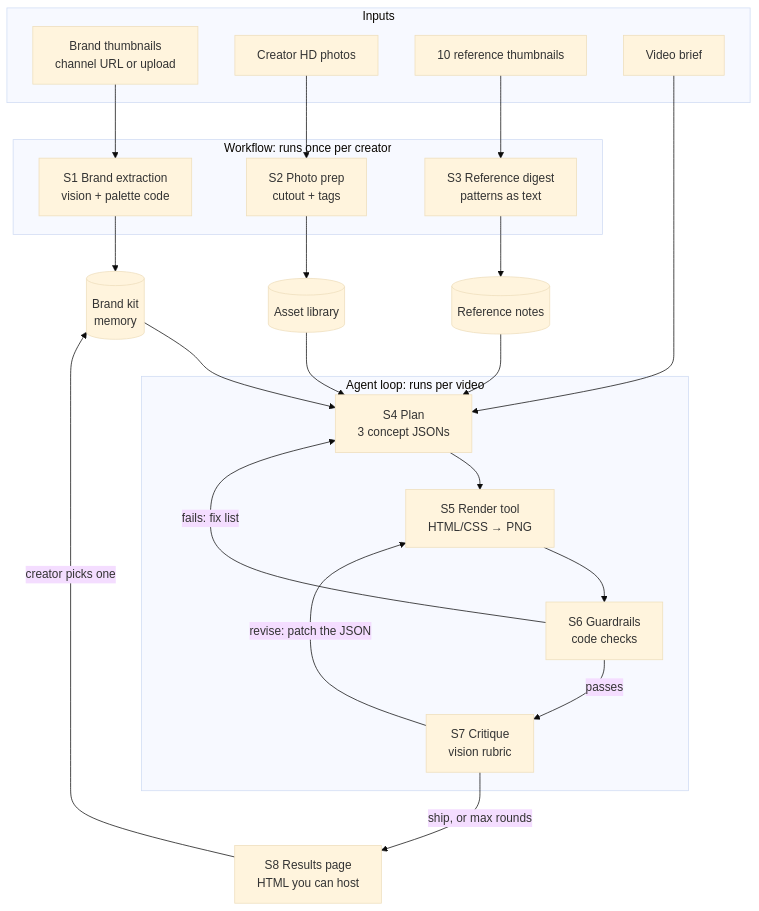
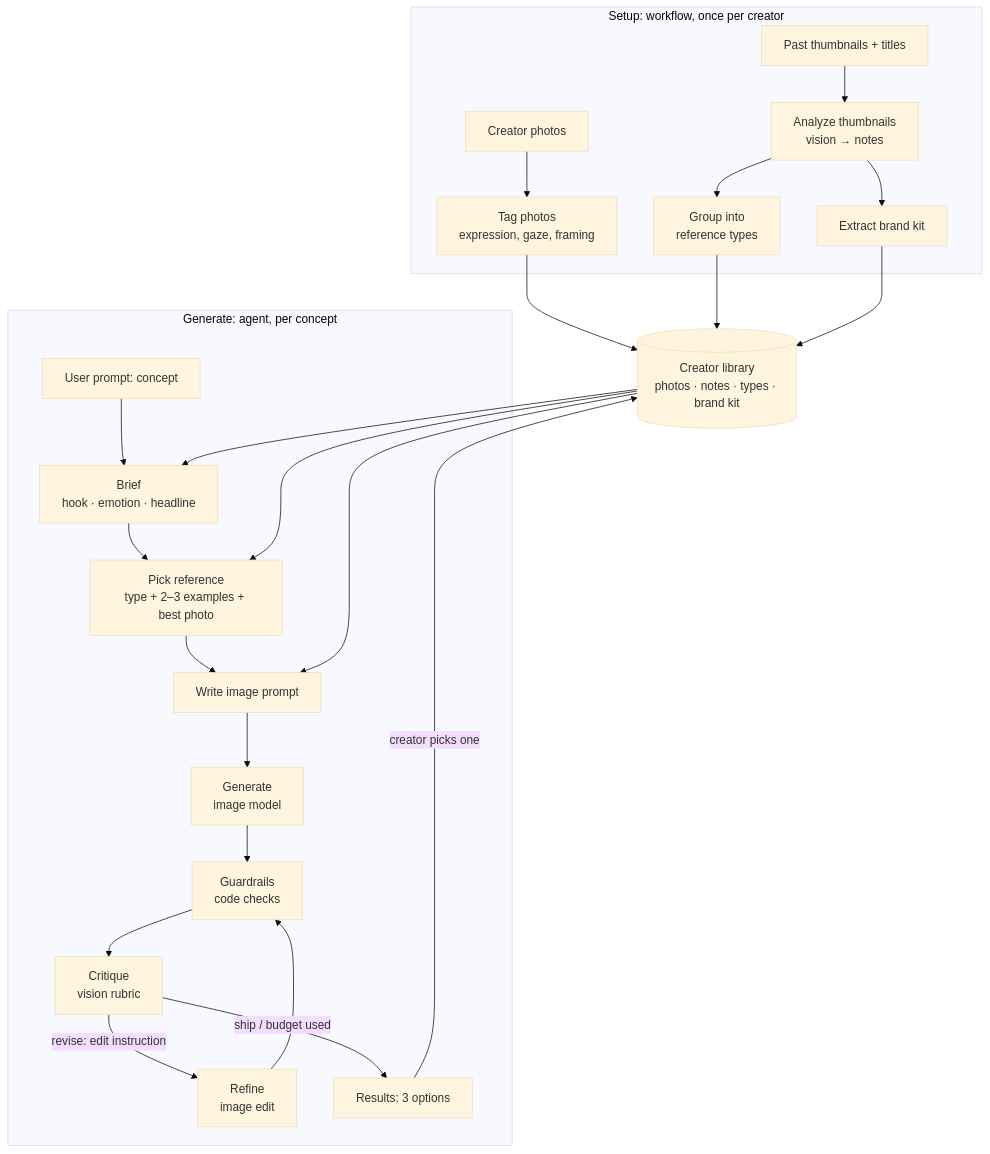
Before and after one commit to mugilan-sakthivel/agent-harness: the diagram in thumbnail-agent/docs/system-design.md, drawn with Mermaid (base theme). The commit also changed other lines of this file and 3 other files, not shown here.

First line of the commit message:
Rework thumbnail-agent design for image-model generation

````diff
--- a/thumbnail-agent/docs/system-design.md
+++ b/thumbnail-agent/docs/system-design.md
@@ -69,37 +49,30 @@
 ```mermaid
 flowchart TD
-  subgraph IN[Inputs]
-    A[Brand thumbnails<br/>channel URL or upload]
-    B[Creator HD photos]
-    C[10 reference thumbnails]
-    D[Video brief]
+  subgraph SETUP[Setup: workflow, once per creator]
+    P[Creator photos] --> PT[Tag photos<br/>expression, gaze, framing]
+    T[Past thumbnails + titles] --> AN[Analyze thumbnails<br/>vision → notes]
+    AN --> RT[Group into<br/>reference types]
+    AN --> BK[Extract brand kit]
   end
 
-  subgraph PREP[Workflow: runs once per creator]
-    S1[S1 Brand extraction<br/>vision + palette code]
-    S2[S2 Photo prep<br/>cutout + tags]
-    S3[S3 Reference digest<br/>patterns as text]
+  PT --> LIB[(Creator library<br/>photos · notes · types · brand kit)]
+  RT --> LIB
+  BK --> LIB
+
+  subgraph GEN[Generate: agent, per concept]
+    U[User prompt: concept] --> BR[Brief<br/>hook · emotion · headline]
+    BR --> PK[Pick reference<br/>type + 2–3 examples + best photo]
+    PK --> IP[Write image prompt]
+    IP --> G[Generate<br/>image model]
+    G --> GC[Guardrails<br/>code checks]
+    GC --> CR[Critique<br/>vision rubric]
+    CR -->|revise: edit instruction| RF[Refine<br/>image edit]
+    RF --> GC
+    CR -->|ship / budget used| OUT[Results: 3 options]
   end
 
-  A --> S1 --> K[(Brand kit<br/>memory)]
-  B --> S2 --> L[(Asset library)]
-  C --> S3 --> R[(Reference notes)]
-
-  subgraph AGENT[Agent loop: runs per video]
-    S4[S4 Plan<br/>3 concept JSONs]
-    S5[S5 Render tool<br/>HTML/CSS → PNG]
-    S6[S6 Guardrails<br/>code checks]
-    S7[S7 Critique<br/>vision rubric]
-  end
-
-  D --> S4
-  K --> S4
-  L --> S4
-  R --> S4
-  S4 --> S5 --> S6
-  S6 -->|fails: fix list| S4
-  S6 -->|passes| S7
-  S7 -->|revise: patch the JSON| S5
-  S7 -->|ship, or max rounds| S8[S8 Results page<br/>HTML you can host]
-  S8 -->|creator picks one| K
+  LIB --> BR
+  LIB --> PK
+  LIB --> IP
+  OUT -->|creator picks one| LIB
 ```
````
